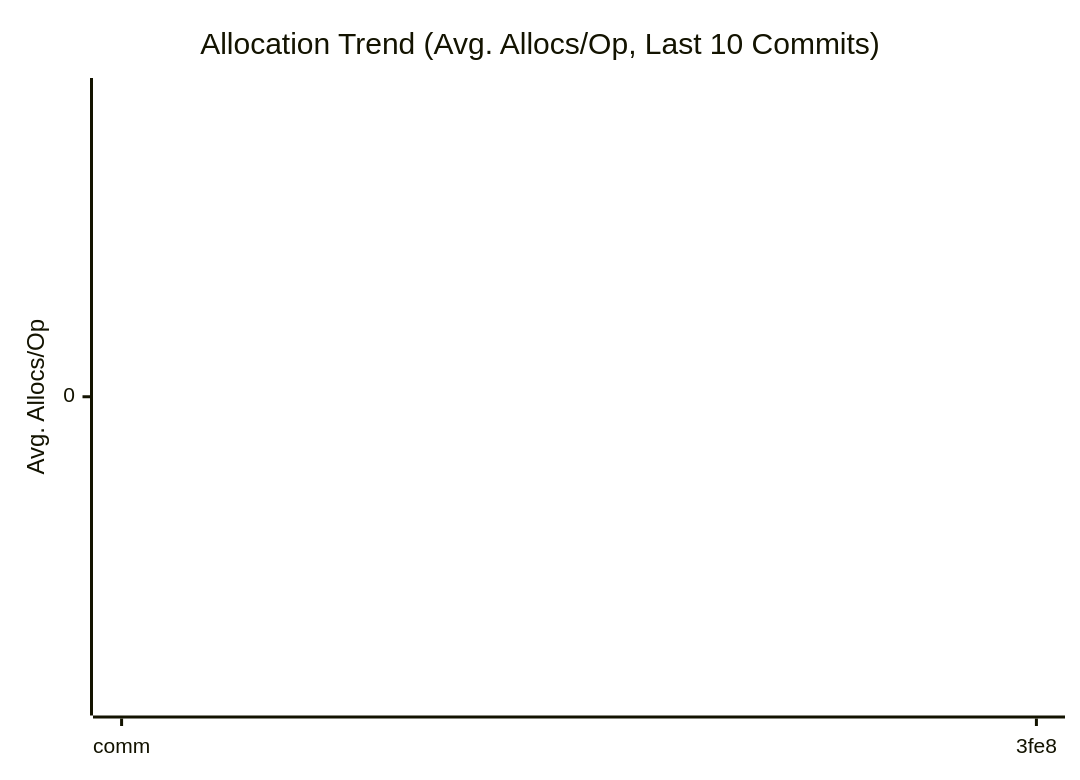
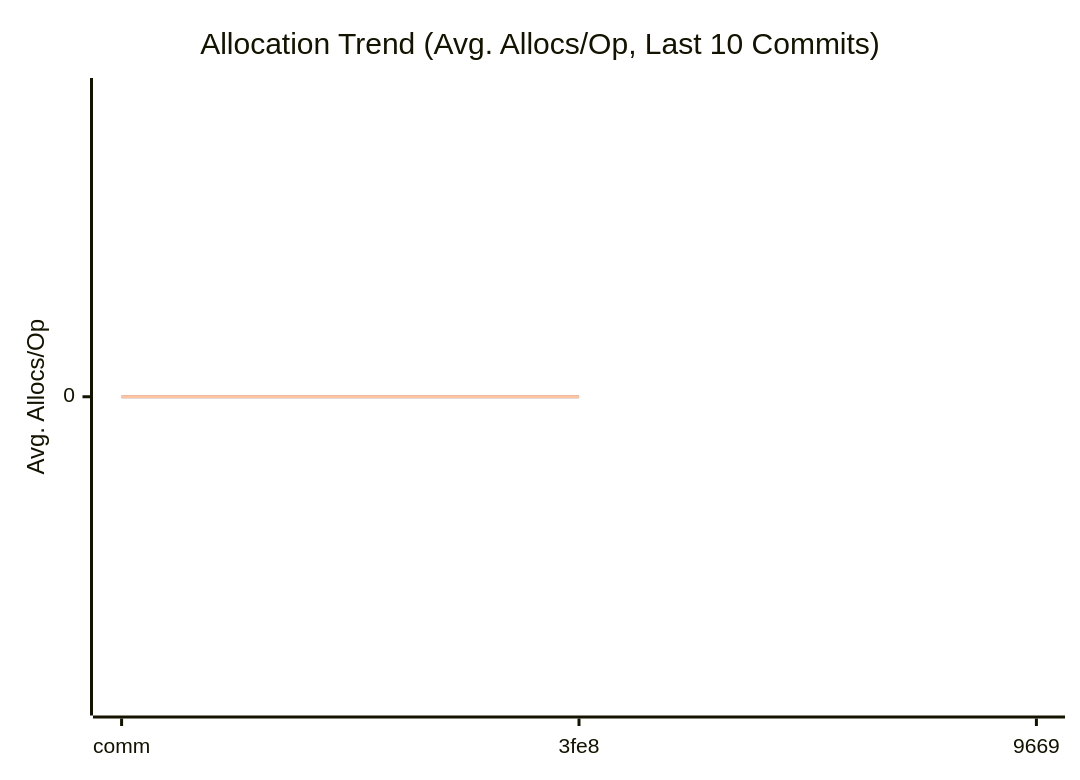
The third of 3 diagrams in doc/README.md (alsotoes/momo), drawn with Mermaid before and after one commit. The commit also changed other lines of this file and 1 other file, not shown here.

````diff
--- a/doc/README.md
+++ b/doc/README.md
@@ -303,10 +303,10 @@
 ```mermaid
 xychart-beta
     title "Allocation Trend (Avg. Allocs/Op, Last 10 Commits)"
     x-axis "Commit"
     y-axis "Avg. Allocs/Op"
-    x-axis [comm,3fe8]
-    line "CheckMetricsAndSwap" [0]
-    line "IndexDirectTracking" [0]
-    line "IndexSearch" [0]
+    x-axis [comm,3fe8,9669]
+    line "CheckMetricsAndSwap" [0,0]
+    line "IndexDirectTracking" [0,0]
+    line "IndexSearch" [0,0]
 ```
````
